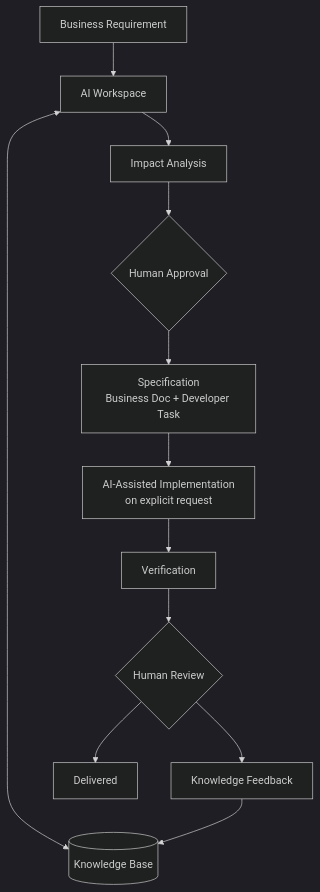
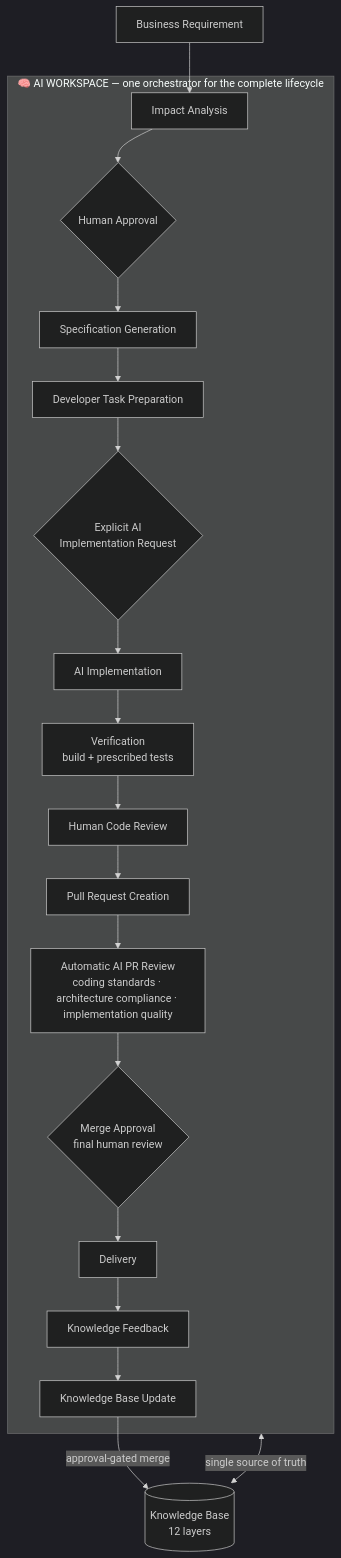
Before and after one commit to peopledesk-app/engineering-blueprint: the third of 6 diagrams in peopledesk-ba-workspace/README.md, drawn with Mermaid (dark theme). The commit also changed other lines of this file, not shown here.

First line of the commit message:
Rewrite the journey: AI-assisted teams in past, orchestrating AI Workspace in present, customer-driven future

````diff
--- a/peopledesk-ba-workspace/README.md
+++ b/peopledesk-ba-workspace/README.md
@@ -101,15 +135,26 @@
 ```mermaid
 flowchart TB
 
-A[Business Requirement] --> B[AI Workspace]
-B <--> C[(Knowledge Base)]
-B --> D[Impact Analysis]
-D --> E{Human Approval}
-E --> F[Specification<br/>Business Doc + Developer Task]
-F --> G[AI-Assisted Implementation<br/>on explicit request]
-G --> H[Verification]
-H --> I{Human Review}
-I --> J[Delivered]
-I --> K[Knowledge Feedback]
-K --> C
+REQ[Business Requirement]
+KB[(Knowledge Base<br/>12 layers)]
+
+subgraph WS["🧠 AI WORKSPACE — one orchestrator for the complete lifecycle"]
+    IA[Impact Analysis] --> HA{Human Approval}
+    HA --> SPEC[Specification Generation]
+    SPEC --> TASK[Developer Task Preparation]
+    TASK --> EXP{"Explicit AI<br/>Implementation Request"}
+    EXP --> IMPL[AI Implementation]
+    IMPL --> VER["Verification<br/>build + prescribed tests"]
+    VER --> HCR[Human Code Review]
+    HCR --> PR[Pull Request Creation]
+    PR --> AIPR["Automatic AI PR Review<br/>coding standards · architecture compliance · implementation quality"]
+    AIPR --> MA{"Merge Approval<br/>final human review"}
+    MA --> DEL[Delivery]
+    DEL --> KF[Knowledge Feedback]
+    KF --> KBU[Knowledge Base Update]
+end
+
+REQ --> IA
+KB <-->|single source of truth| WS
+KBU -->|approval-gated merge| KB
 ```
````
